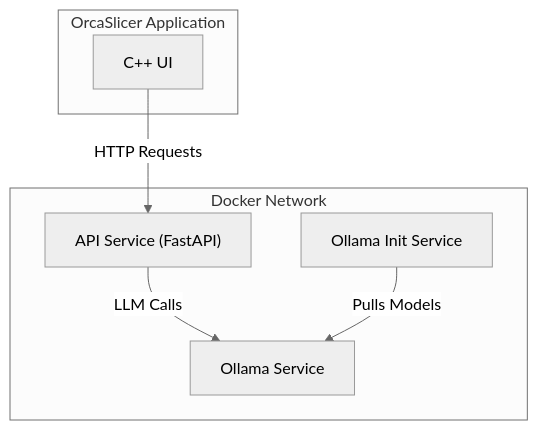
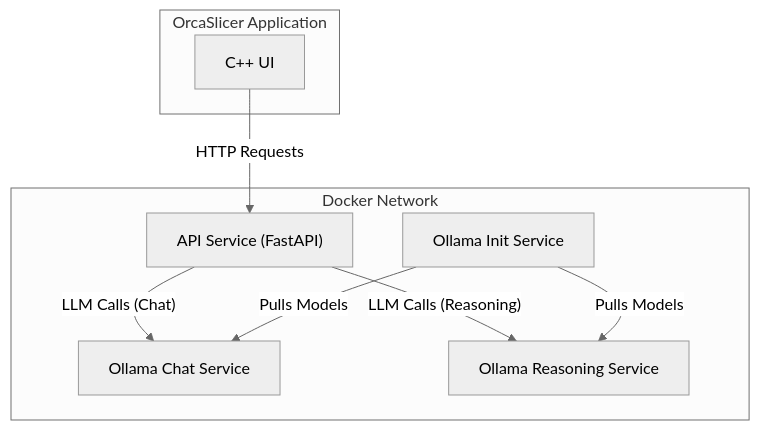
One commit to biokraft/OrcaSlicer changed the diagram in orca-agents/README.md. Above: the diagram before and after it, drawn with Mermaid (neutral theme). The commit also changed other lines of this file and 6 other files, not shown here.

First line of the commit message:
Refactor architecture and service documentation in README.md and SPECS.md

````diff
--- a/orca-agents/README.md
+++ b/orca-agents/README.md
@@ -23,16 +23,19 @@
 ```mermaid
 graph TD
     subgraph OrcaSlicer Application
         A[C++ UI];
     end
 
     subgraph "Docker Network"
         B["API Service (FastAPI)"];
-        C["Ollama Service"];
+        C["Ollama Chat Service"];
+        E["Ollama Reasoning Service"];
         D["Ollama Init Service"];
     end
 
     A -- HTTP Requests --> B;
-    B -- LLM Calls --> C;
-    D -- Pulls Models --> C;
+    B -- "LLM Calls (Chat)" --> C;
+    B -- "LLM Calls (Reasoning)" --> E;
+    D -- "Pulls Models" --> C;
+    D -- "Pulls Models" --> E;
 ```
````
